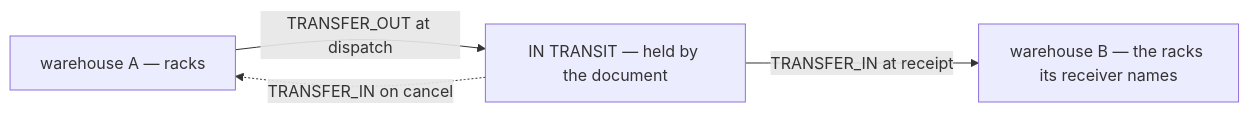
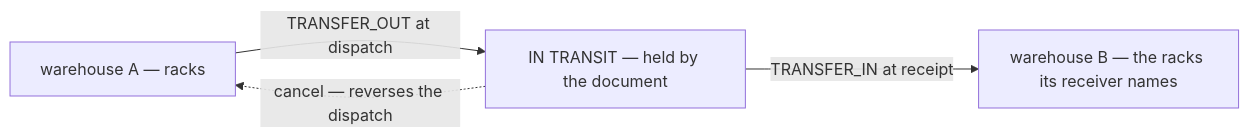
Before and after one commit to pdcgo/warehouse_revamp: diagram 23 of 42 in disscuss/architecture/stock_movement_log.md, drawn with Mermaid. The commit also changed other lines of this file and 28 other files, not shown here.

````diff
--- a/disscuss/architecture/stock_movement_log.md
+++ b/disscuss/architecture/stock_movement_log.md
@@ -1249,6 +1360,6 @@
 ```mermaid
 flowchart LR
   A["warehouse A — racks"] -->|"TRANSFER_OUT at dispatch"| T["IN TRANSIT — held by the document"]
   T -->|"TRANSFER_IN at receipt"| B["warehouse B — the racks its receiver names"]
-  T -.->|"TRANSFER_IN on cancel"| A
+  T -.->|"cancel — reverses the dispatch"| A
 ```
````
